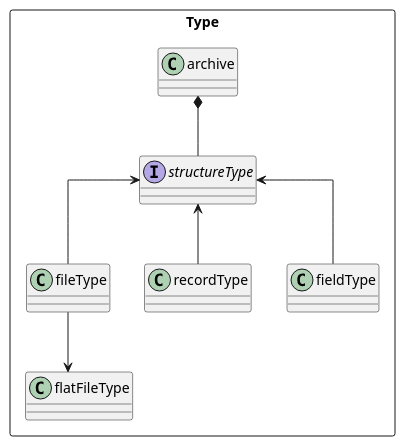
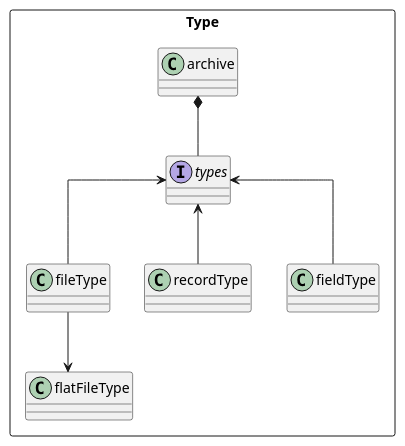
One commit to joergen-vs/73027c42-c2cd-4c62-b1f4-2532c0eb8dab changed the diagram in usage/aspirations/umls/uml-type.puml. Above: the diagram before and after it, drawn with PlantUML. The commit also changed 3 other files, not shown here.

```diff
--- a/usage/aspirations/umls/uml-type.puml
+++ b/usage/aspirations/umls/uml-type.puml
@@ -1,16 +1,16 @@
 @startuml
 skinparam linetype polyline
 skinparam linetype ortho
 
 package "Type" <<Rectangle>> {
-interface structureType
+interface types
 
-archive *-- structureType
-structureType <-- fileType
-structureType <-- recordType
-structureType <-- fieldType
+archive *-- types
+types <-- fileType
+types <-- recordType
+types <-- fieldType
 
 fileType --> flatFileType
 }
 
 @enduml
```
